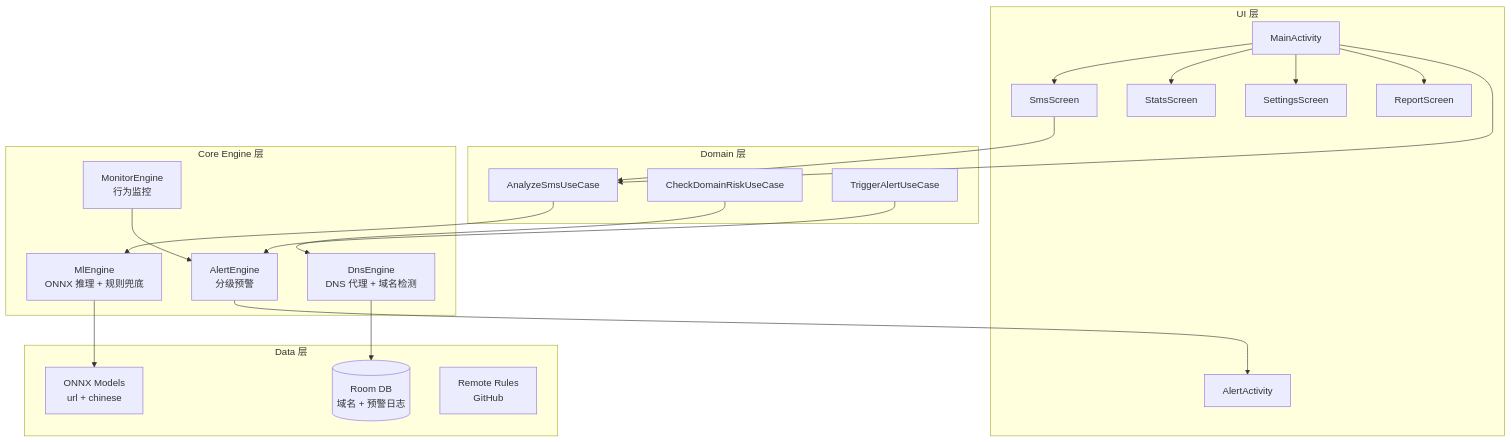
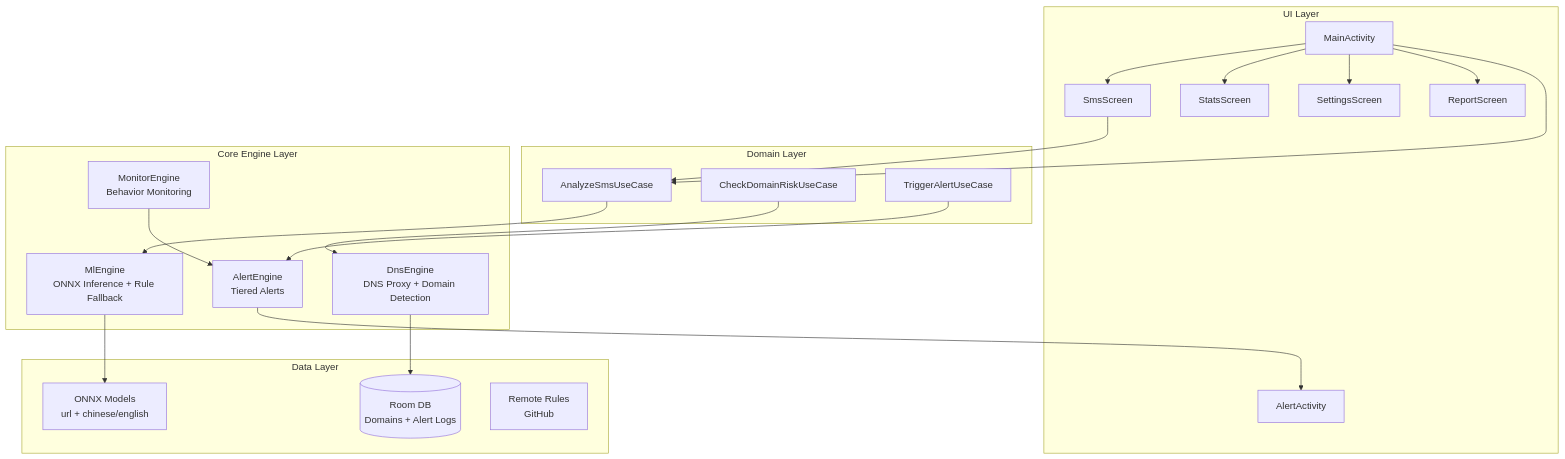
The first of 3 diagrams in README.md (Tianshang301/TianshangGuard), drawn with Mermaid before and after one commit. The commit also changed other lines of this file and 1 other file, not shown here.

First line of the commit message:
docs: split README into English (default) and Chinese

````diff
--- a/README.md
+++ b/README.md
@@ -29,39 +31,39 @@
 ```mermaid
 graph TB
-    subgraph Presentation["UI 层"]
+    subgraph Presentation["UI Layer"]
         A[MainActivity] --> B[SmsScreen]
         A --> C[StatsScreen]
         A --> D[SettingsScreen]
         A --> E[ReportScreen]
         F[AlertActivity]
     end
 
-    subgraph Domain["Domain 层"]
+    subgraph Domain["Domain Layer"]
         G[AnalyzeSmsUseCase]
         H[CheckDomainRiskUseCase]
         I[TriggerAlertUseCase]
     end
 
-    subgraph Core["Core Engine 层"]
-        J[DnsEngine<br/>DNS 代理 + 域名检测]
-        K[MlEngine<br/>ONNX 推理 + 规则兜底]
-        L[MonitorEngine<br/>行为监控]
-        M[AlertEngine<br/>分级预警]
+    subgraph Core["Core Engine Layer"]
+        J[DnsEngine<br/>DNS Proxy + Domain Detection]
+        K[MlEngine<br/>ONNX Inference + Rule Fallback]
+        L[MonitorEngine<br/>Behavior Monitoring]
+        M[AlertEngine<br/>Tiered Alerts]
     end
 
-    subgraph Data["Data 层"]
-        N[(Room DB<br/>域名 + 预警日志)]
-        O[ONNX Models<br/>url + chinese]
+    subgraph Data["Data Layer"]
+        N[(Room DB<br/>Domains + Alert Logs)]
+        O[ONNX Models<br/>url + chinese/english]
         P[Remote Rules<br/>GitHub]
     end
 
     A --> G
     B --> G
     G --> K
     H --> J
     I --> M
     J --> N
     K --> O
     L --> M
     M --> F
 ```
````
